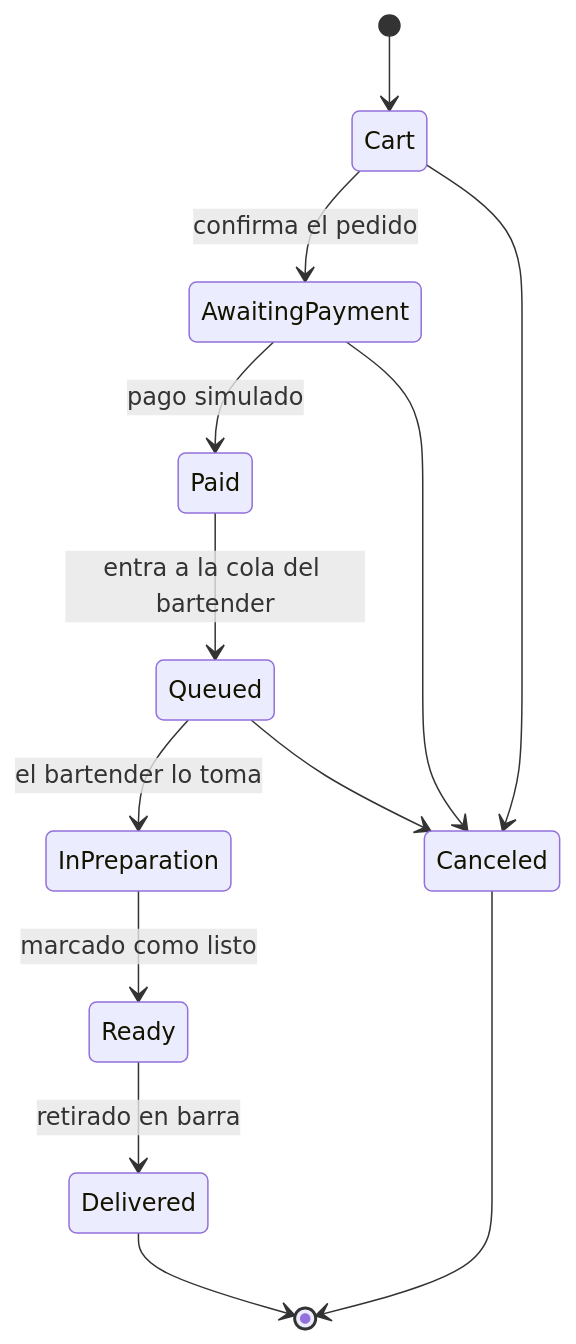
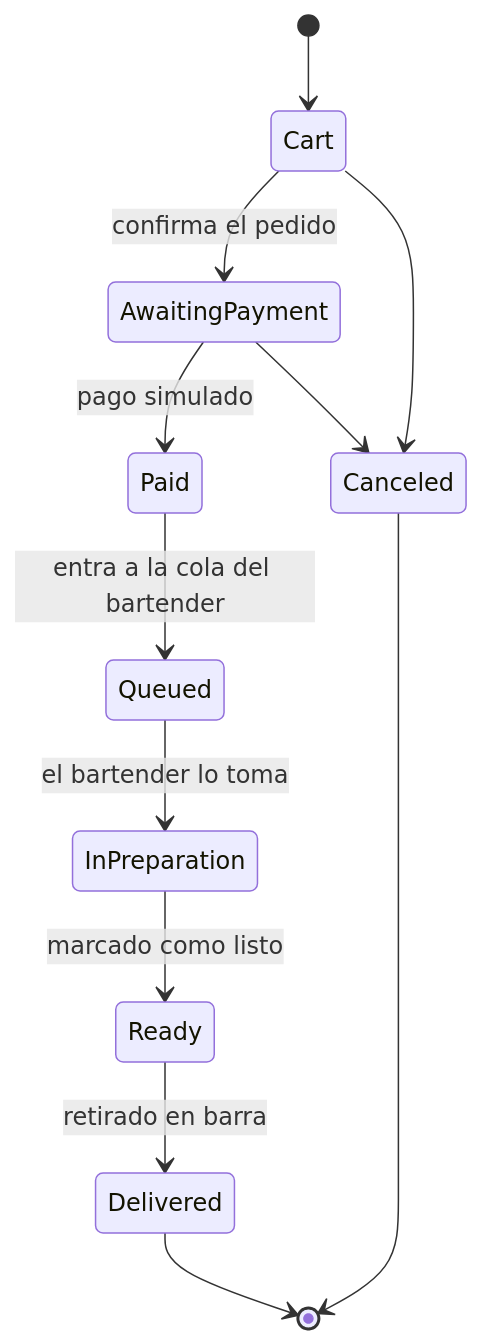
The second of 2 diagrams in docs/modelo-de-datos.md (uca-argentina/pid-2026-littlehorse), drawn with Mermaid before and after one commit. The commit also changed other lines of this file, not shown here.

````diff
--- a/docs/modelo-de-datos.md
+++ b/docs/modelo-de-datos.md
@@ -83,16 +83,15 @@
 ```mermaid
 stateDiagram-v2
     [*] --> Cart
     Cart --> AwaitingPayment : confirma el pedido
     AwaitingPayment --> Paid : pago simulado
     Paid --> Queued : entra a la cola del bartender
     Queued --> InPreparation : el bartender lo toma
     InPreparation --> Ready : marcado como listo
     Ready --> Delivered : retirado en barra
     Delivered --> [*]
 
     Cart --> Canceled
     AwaitingPayment --> Canceled
-    Queued --> Canceled
     Canceled --> [*]
 ```
````
